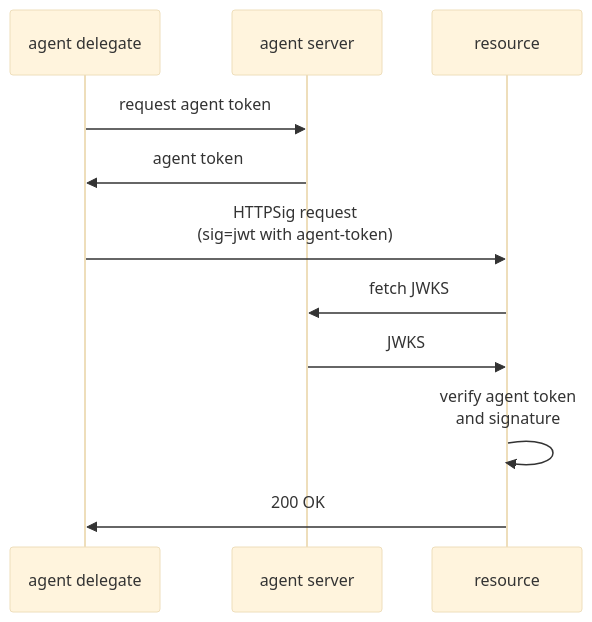
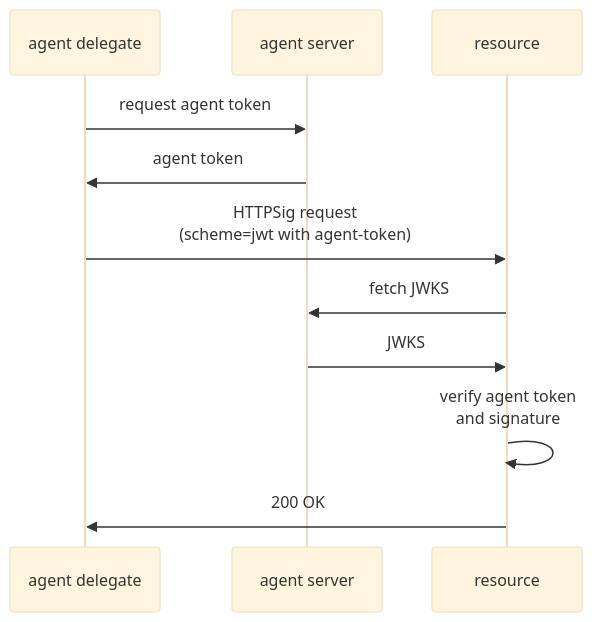
One commit to dickhardt/agent-auth changed the third of 10 diagrams in README.md. Above: the diagram before and after it, drawn with Mermaid (base theme). The commit also changed other lines of this file, not shown here.

First line of the commit message:
Update mermaid diagrams and prose to use scheme= consistently

````diff
--- a/README.md
+++ b/README.md
@@ -218,15 +218,15 @@
 ```mermaid
 sequenceDiagram
     participant Delegate as agent delegate
     participant Server as agent server
     participant Resource as resource
 
     Delegate->>Server: request agent token
     Server->>Delegate: agent token
 
-    Delegate->>Resource: HTTPSig request<br/>(sig=jwt with agent-token)
+    Delegate->>Resource: HTTPSig request<br/>(scheme=jwt with agent-token)
     Resource->>Server: fetch JWKS
     Server->>Resource: JWKS
     Resource->>Resource: verify agent token<br/>and signature
     Resource->>Delegate: 200 OK
 ```
````
